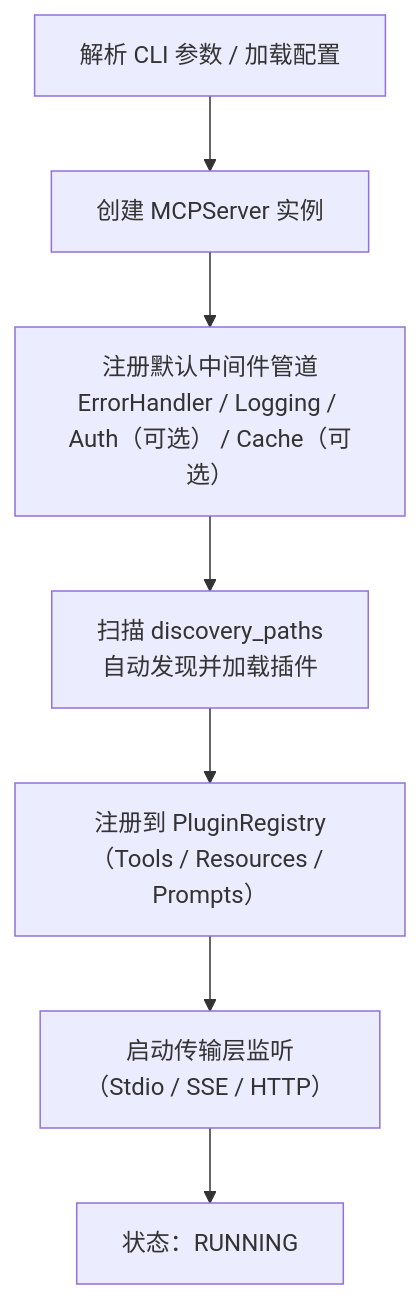
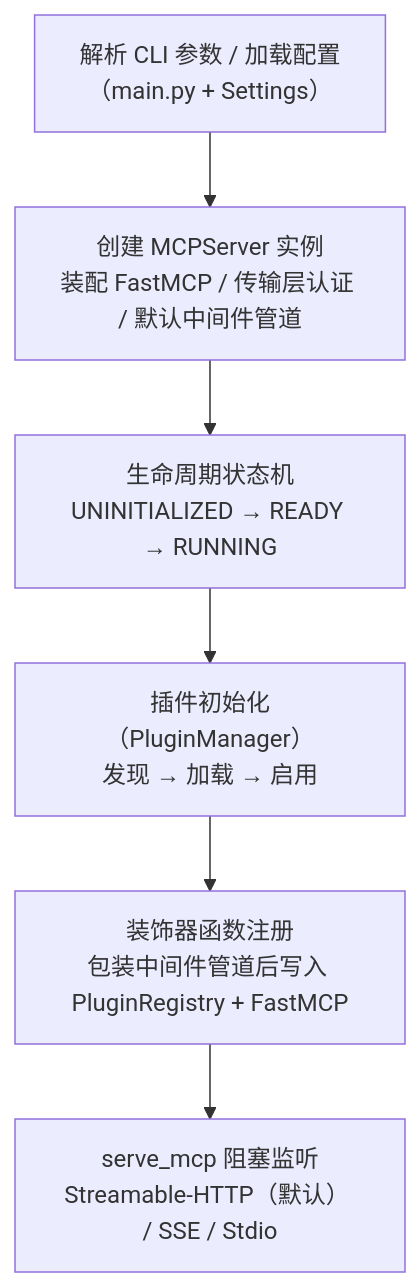
One commit to chain-engine/x-QiuChi changed the second of 4 diagrams in README.md. Above: the diagram before and after it, drawn with Mermaid. The commit also changed other lines of this file and 2 other files, not shown here.

````diff
--- a/README.md
+++ b/README.md
@@ -499,9 +501,8 @@
 ```mermaid
 flowchart TD
-    S1["解析 CLI 参数 / 加载配置"] --> S2["创建 MCPServer 实例"]
-    S2 --> S3["注册默认中间件管道<br/>ErrorHandler / Logging / Auth（可选） / Cache（可选）"]
-    S3 --> S4["扫描 discovery_paths<br/>自动发现并加载插件"]
-    S4 --> S5["注册到 PluginRegistry<br/>（Tools / Resources / Prompts）"]
-    S5 --> S6["启动传输层监听<br/>（Stdio / SSE / HTTP）"]
-    S6 --> S7["状态：RUNNING"]
+    S1["解析 CLI 参数 / 加载配置<br/>（main.py + Settings）"] --> S2["创建 MCPServer 实例<br/>装配 FastMCP / 传输层认证 / 默认中间件管道"]
+    S2 --> S3["生命周期状态机<br/>UNINITIALIZED → READY → RUNNING"]
+    S3 --> S4["插件初始化（PluginManager）<br/>发现 → 加载 → 启用"]
+    S4 --> S5["装饰器函数注册<br/>包装中间件管道后写入 PluginRegistry + FastMCP"]
+    S5 --> S6["serve_mcp 阻塞监听<br/>Streamable-HTTP（默认） / SSE / Stdio"]
 ```
````
